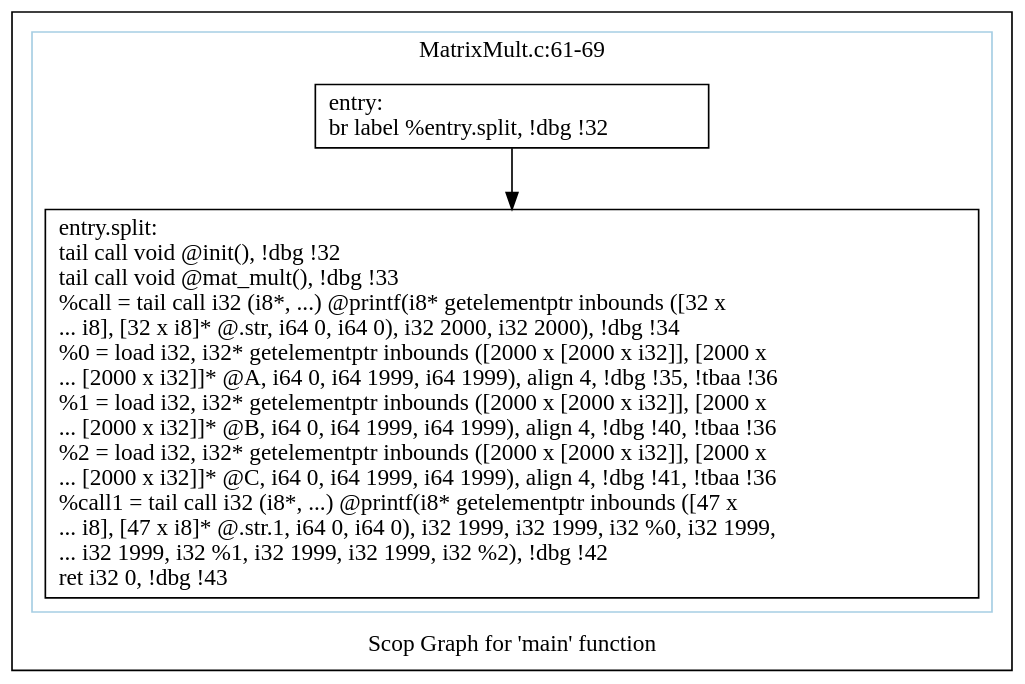
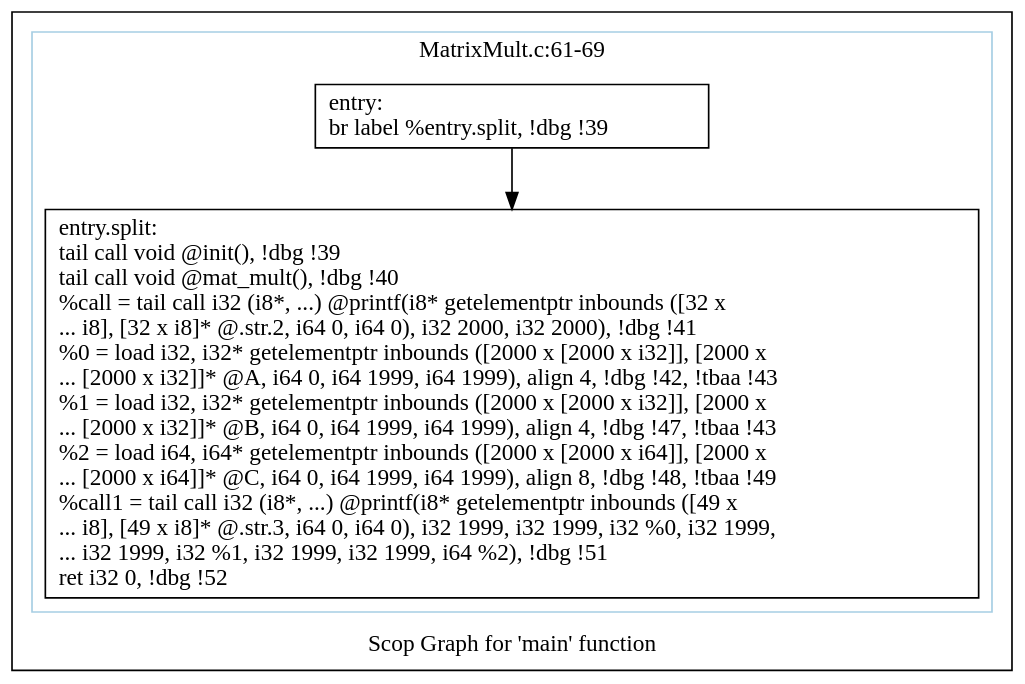
The diagram in polly/MatrixMult/impl/handwritten/dot/scops.main.dot (samminweng/WhileyOpenCL), drawn with Graphviz before and after one commit. The commit also changed 49 other files, not shown here.

```diff
--- a/polly/MatrixMult/impl/handwritten/dot/scops.main.dot
+++ b/polly/MatrixMult/impl/handwritten/dot/scops.main.dot
@@ -1,16 +1,16 @@
 digraph "Scop Graph for 'main' function" {
 	label="Scop Graph for 'main' function";
 
-	Node0x9bf9ab0 [shape=record,label="{entry:\l  br label %entry.split, !dbg !32\l}"];
-	Node0x9bf9ab0 -> Node0x9c35080;
-	Node0x9c35080 [shape=record,label="{entry.split:                                      \l  tail call void @init(), !dbg !32\l  tail call void @mat_mult(), !dbg !33\l  %call = tail call i32 (i8*, ...) @printf(i8* getelementptr inbounds ([32 x\l... i8], [32 x i8]* @.str, i64 0, i64 0), i32 2000, i32 2000), !dbg !34\l  %0 = load i32, i32* getelementptr inbounds ([2000 x [2000 x i32]], [2000 x\l... [2000 x i32]]* @A, i64 0, i64 1999, i64 1999), align 4, !dbg !35, !tbaa !36\l  %1 = load i32, i32* getelementptr inbounds ([2000 x [2000 x i32]], [2000 x\l... [2000 x i32]]* @B, i64 0, i64 1999, i64 1999), align 4, !dbg !40, !tbaa !36\l  %2 = load i32, i32* getelementptr inbounds ([2000 x [2000 x i32]], [2000 x\l... [2000 x i32]]* @C, i64 0, i64 1999, i64 1999), align 4, !dbg !41, !tbaa !36\l  %call1 = tail call i32 (i8*, ...) @printf(i8* getelementptr inbounds ([47 x\l... i8], [47 x i8]* @.str.1, i64 0, i64 0), i32 1999, i32 1999, i32 %0, i32 1999,\l... i32 1999, i32 %1, i32 1999, i32 1999, i32 %2), !dbg !42\l  ret i32 0, !dbg !43\l}"];
+	Node0xa98bbb0 [shape=record,label="{entry:\l  br label %entry.split, !dbg !39\l}"];
+	Node0xa98bbb0 -> Node0xa9a6210;
+	Node0xa9a6210 [shape=record,label="{entry.split:                                      \l  tail call void @init(), !dbg !39\l  tail call void @mat_mult(), !dbg !40\l  %call = tail call i32 (i8*, ...) @printf(i8* getelementptr inbounds ([32 x\l... i8], [32 x i8]* @.str.2, i64 0, i64 0), i32 2000, i32 2000), !dbg !41\l  %0 = load i32, i32* getelementptr inbounds ([2000 x [2000 x i32]], [2000 x\l... [2000 x i32]]* @A, i64 0, i64 1999, i64 1999), align 4, !dbg !42, !tbaa !43\l  %1 = load i32, i32* getelementptr inbounds ([2000 x [2000 x i32]], [2000 x\l... [2000 x i32]]* @B, i64 0, i64 1999, i64 1999), align 4, !dbg !47, !tbaa !43\l  %2 = load i64, i64* getelementptr inbounds ([2000 x [2000 x i64]], [2000 x\l... [2000 x i64]]* @C, i64 0, i64 1999, i64 1999), align 8, !dbg !48, !tbaa !49\l  %call1 = tail call i32 (i8*, ...) @printf(i8* getelementptr inbounds ([49 x\l... i8], [49 x i8]* @.str.3, i64 0, i64 0), i32 1999, i32 1999, i32 %0, i32 1999,\l... i32 1999, i32 %1, i32 1999, i32 1999, i64 %2), !dbg !51\l  ret i32 0, !dbg !52\l}"];
 	colorscheme = "paired12"
-        subgraph cluster_0x9d34400 {
+        subgraph cluster_0xa8b3c80 {
           label = "MatrixMult.c:61-69
 ";
           style = solid;
           color = 1
-          Node0x9bf9ab0;
-          Node0x9c35080;
+          Node0xa98bbb0;
+          Node0xa9a6210;
         }
 }
```
